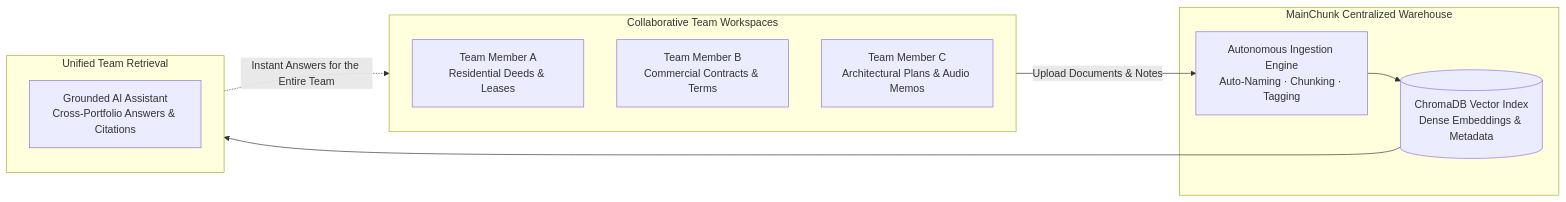
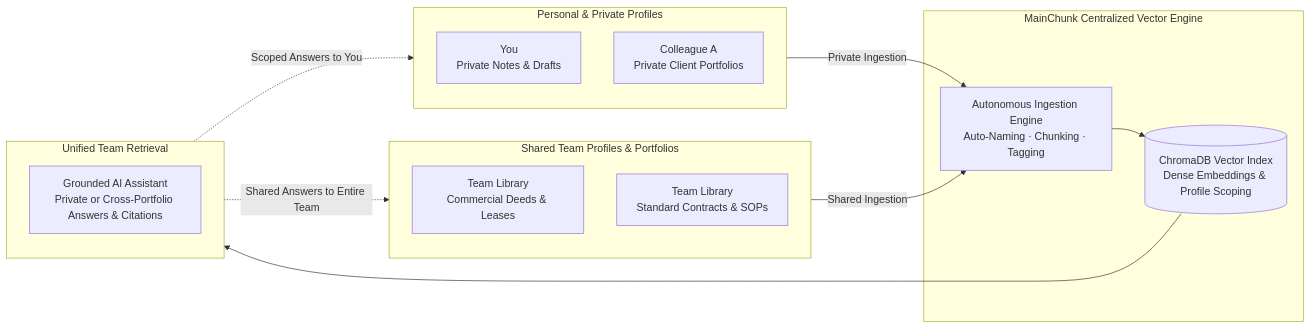
Before and after one commit to Spenderr/RAG_System: the first of 2 diagrams in README.md, drawn with Mermaid. The commit also changed other lines of this file and 1 other file, not shown here.

Commit message:
docs & feat(tour): add personal private profile vs shared team library capabilities

````diff
--- a/README.md
+++ b/README.md
@@ -46,22 +46,28 @@
 ```mermaid
 flowchart LR
-    subgraph Team["Collaborative Team Workspaces"]
-        U1["Team Member A<br/>Residential Deeds & Leases"]
-        U2["Team Member B<br/>Commercial Contracts & Terms"]
-        U3["Team Member C<br/>Architectural Plans & Audio Memos"]
+    subgraph Personal["Personal & Private Profiles"]
+        P1["You<br/>Private Notes & Drafts"]
+        P2["Colleague A<br/>Private Client Portfolios"]
     end
 
-    subgraph Warehouse["MainChunk Centralized Warehouse"]
+    subgraph Shared["Shared Team Profiles & Portfolios"]
+        S1["Team Library<br/>Commercial Deeds & Leases"]
+        S2["Team Library<br/>Standard Contracts & SOPs"]
+    end
+
+    subgraph Warehouse["MainChunk Centralized Vector Engine"]
         AIOrg["Autonomous Ingestion Engine<br/>Auto-Naming · Chunking · Tagging"]
-        VectorDB[("ChromaDB Vector Index<br/>Dense Embeddings & Metadata")]
+        VectorDB[("ChromaDB Vector Index<br/>Dense Embeddings & Profile Scoping")]
         AIOrg --> VectorDB
     end
 
     subgraph Intelligence["Unified Team Retrieval"]
-        Chat["Grounded AI Assistant<br/>Cross-Portfolio Answers & Citations"]
+        Chat["Grounded AI Assistant<br/>Private or Cross-Portfolio Answers & Citations"]
     end
 
-    Team -->|Upload Documents & Notes| AIOrg
+    Personal -->|Private Ingestion| AIOrg
+    Shared -->|Shared Ingestion| AIOrg
     VectorDB --> Intelligence
-    Intelligence -.->|Instant Answers for the Entire Team| Team
+    Intelligence -.->|Scoped Answers to You| Personal
+    Intelligence -.->|Shared Answers to Entire Team| Shared
 ```
````
